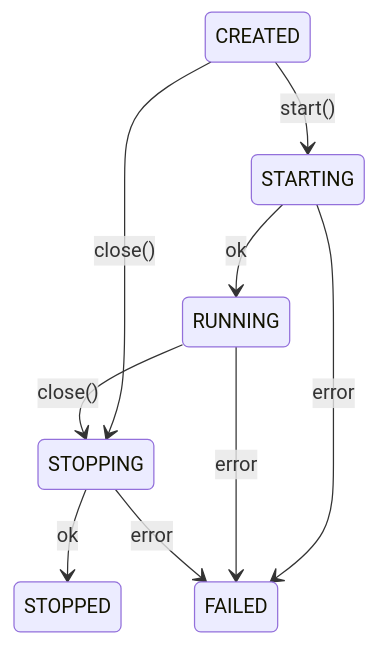
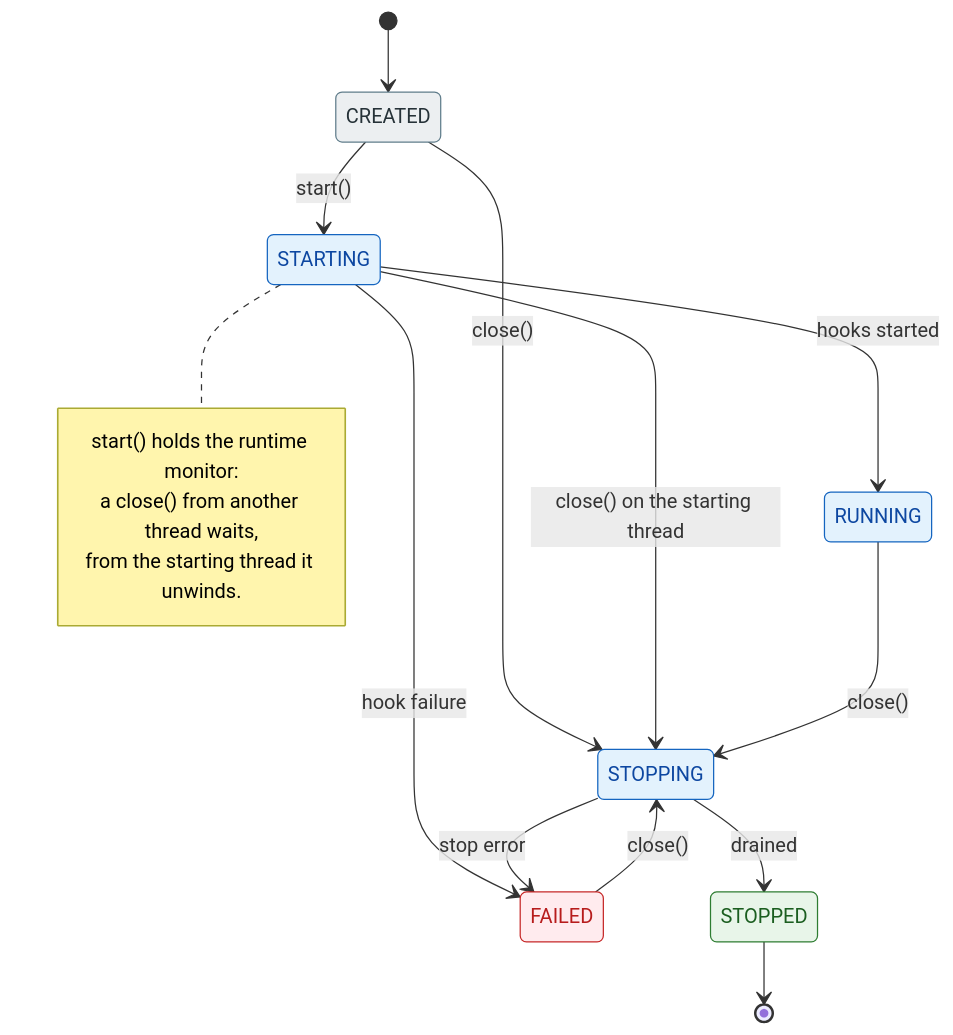
Before and after one commit to dzb/freeway: the diagram in README.md, drawn with Mermaid.

Commit message:
docs：README 的生命周期状态图——修正错误边并美化
原图有一处与实现不符、两处缺边：RUNNING --> FAILED 不存在（start() 在 RUNNING 时是
no-op，只有 close() 会先到 STOPPING 再可能 FAILED）；缺 STARTING --> STOPPING（同线程
重入 close() 展开启动）与 FAILED --> STOPPING（启动失败后 close() 仍停 hooks）。
据 AppRuntimeDefault 的状态赋值（STARTING/RUNNING/FAILED 在 start()，STOPPING/FAILED/
STOPPED 在 close()）重画，并加配色（idle/live/ok/failed）、起止标记与 STARTING 的监视器
说明。已用 mermaid-cli 实渲染验证语法与结果。

````diff
--- a/README.md
+++ b/README.md
@@ -241,11 +241,36 @@
 ```mermaid
 stateDiagram-v2
+    [*] --> CREATED
+
     CREATED --> STARTING : start()
     CREATED --> STOPPING : close()
-    STARTING --> RUNNING : ok
-    STARTING --> FAILED : error
+
+    STARTING --> RUNNING : hooks started
+    STARTING --> FAILED : hook failure
+    STARTING --> STOPPING : close() on the starting thread
+
     RUNNING --> STOPPING : close()
-    RUNNING --> FAILED : error
-    STOPPING --> STOPPED : ok
-    STOPPING --> FAILED : error
+
+    STOPPING --> STOPPED : drained
+    STOPPING --> FAILED : stop error
+
+    FAILED --> STOPPING : close()
+
+    STOPPED --> [*]
+
+    note right of STARTING
+        start() holds the runtime monitor:
+        a close() from another thread waits,
+        from the starting thread it unwinds.
+    end note
+
+    classDef idle fill:#eceff1,stroke:#607d8b,color:#263238
+    classDef live fill:#e3f2fd,stroke:#1565c0,color:#0d47a1
+    classDef ok fill:#e8f5e9,stroke:#2e7d32,color:#1b5e20
+    classDef bad fill:#ffebee,stroke:#c62828,color:#b71c1c
+
+    class CREATED idle
+    class STARTING,RUNNING,STOPPING live
+    class STOPPED ok
+    class FAILED bad
 ```
````
